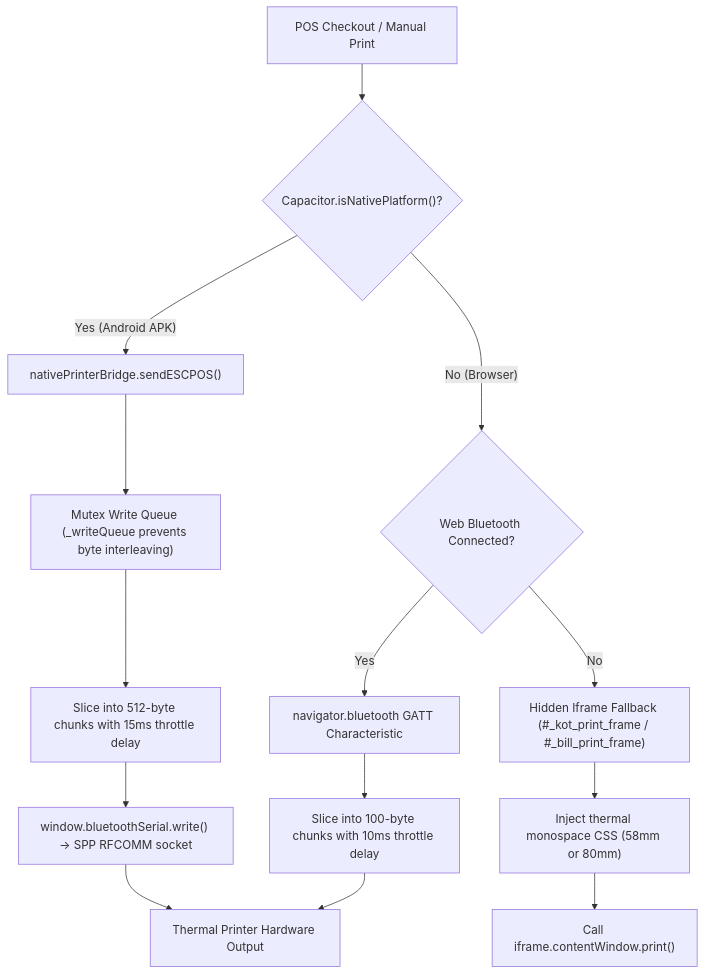
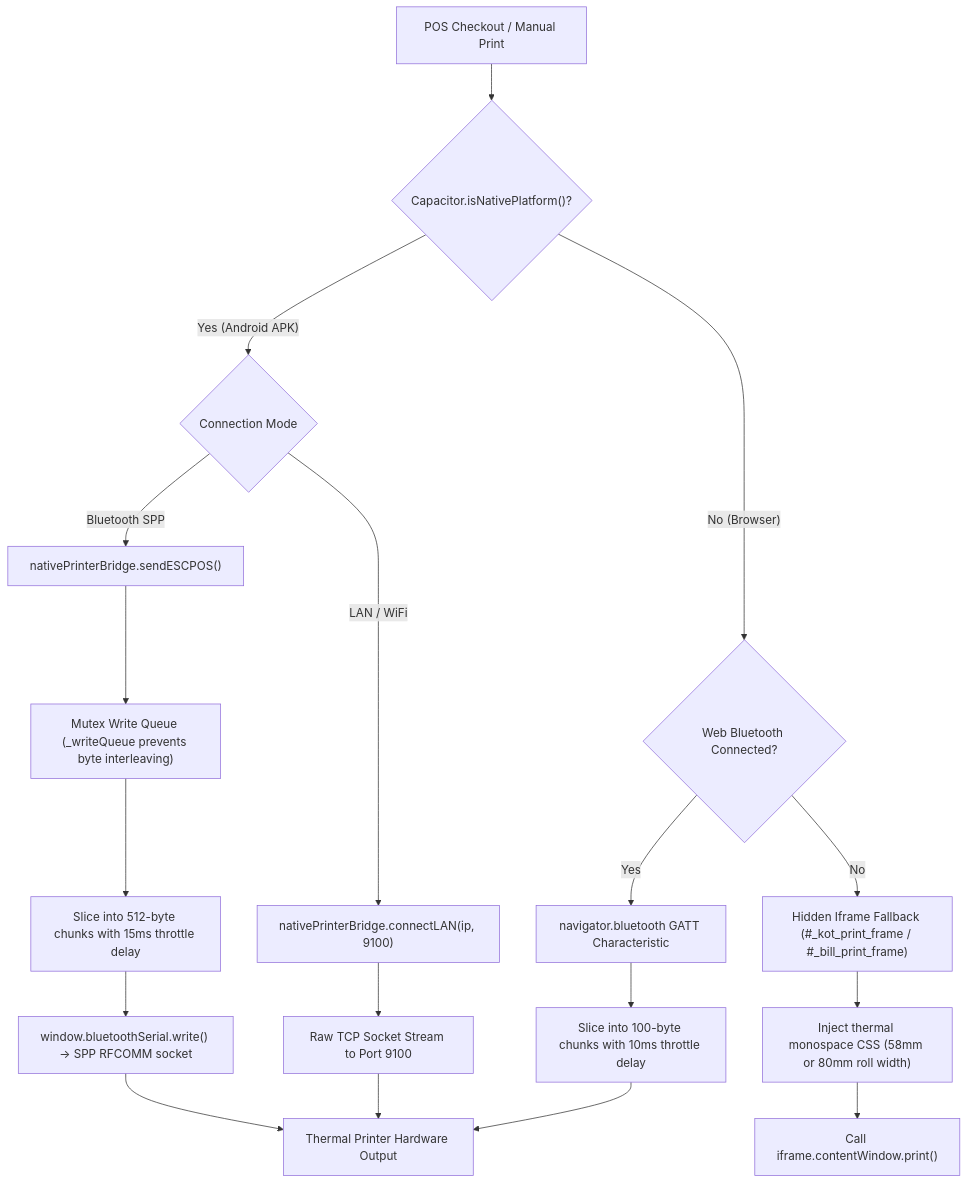
One commit to sudipjangam/tasty-bite-harbor changed diagram 12 of 13 in docs/OPERATIONS_WORKFLOW_AND_INTEGRATION_GUIDE.md. Above: the diagram before and after it, drawn with Mermaid. The commit also changed other lines of this file and 4 other files, not shown here.

````diff
--- a/docs/OPERATIONS_WORKFLOW_AND_INTEGRATION_GUIDE.md
+++ b/docs/OPERATIONS_WORKFLOW_AND_INTEGRATION_GUIDE.md
@@ -761,22 +856,28 @@
 ```mermaid
 flowchart TD
     A["POS Checkout / Manual Print"] --> B{"Capacitor.isNativePlatform()?"}
-    
+  
     %% Native Android Path
-    B -- Yes (Android APK) --> C["nativePrinterBridge.sendESCPOS()"]
-    C --> D["Mutex Write Queue (_writeQueue prevents byte interleaving)"]
-    D --> E["Slice into 512-byte chunks with 15ms throttle delay"]
-    E --> F["window.bluetoothSerial.write() -> SPP RFCOMM socket"]
-    F --> G["Thermal Printer Hardware Output"]
+    B -- Yes (Android APK) --> C{"Connection Mode"}
+  
+    C -- Bluetooth SPP --> D["nativePrinterBridge.sendESCPOS()"]
+    D --> E["Mutex Write Queue (_writeQueue prevents byte interleaving)"]
+    E --> F["Slice into 512-byte chunks with 15ms throttle delay"]
+    F --> G["window.bluetoothSerial.write() -> SPP RFCOMM socket"]
+    G --> HARDWARE["Thermal Printer Hardware Output"]
 
-    %% Web Bluetooth Path
-    B -- No (Browser) --> H{"Web Bluetooth Connected?"}
-    H -- Yes --> I["navigator.bluetooth GATT Characteristic"]
-    I --> J["Slice into 100-byte chunks with 10ms throttle delay"]
-    J --> G
+    C -- LAN / WiFi --> H["nativePrinterBridge.connectLAN(ip, 9100)"]
+    H --> I["Raw TCP Socket Stream to Port 9100"]
+    I --> HARDWARE
+
+    %% Web Browser Path
+    B -- No (Browser) --> J{"Web Bluetooth Connected?"}
+    J -- Yes --> K["navigator.bluetooth GATT Characteristic"]
+    K --> L["Slice into 100-byte chunks with 10ms throttle delay"]
+    L --> HARDWARE
 
     %% Browser Fallback
-    H -- No --> K["Hidden Iframe Fallback (#_kot_print_frame / #_bill_print_frame)"]
-    K --> L["Inject thermal monospace CSS (58mm or 80mm)"]
-    L --> M["Call iframe.contentWindow.print()"]
+    J -- No --> M["Hidden Iframe Fallback (#_kot_print_frame / #_bill_print_frame)"]
+    M --> N["Inject thermal monospace CSS (58mm or 80mm roll width)"]
+    N --> O["Call iframe.contentWindow.print()"]
 ```
````
